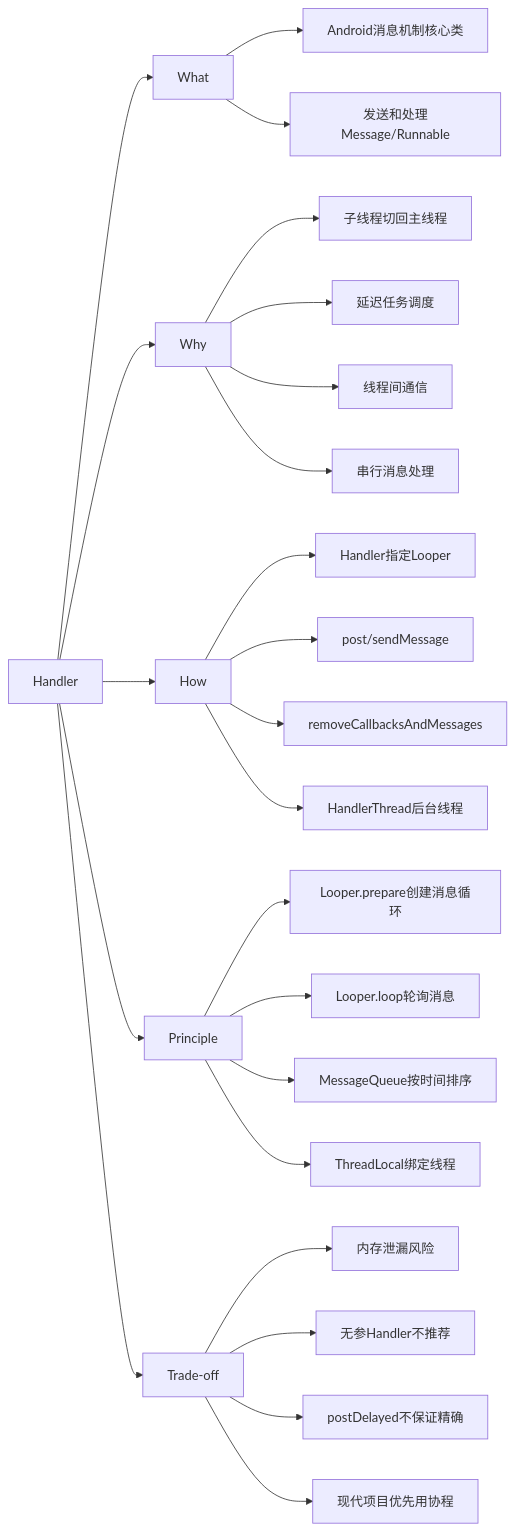
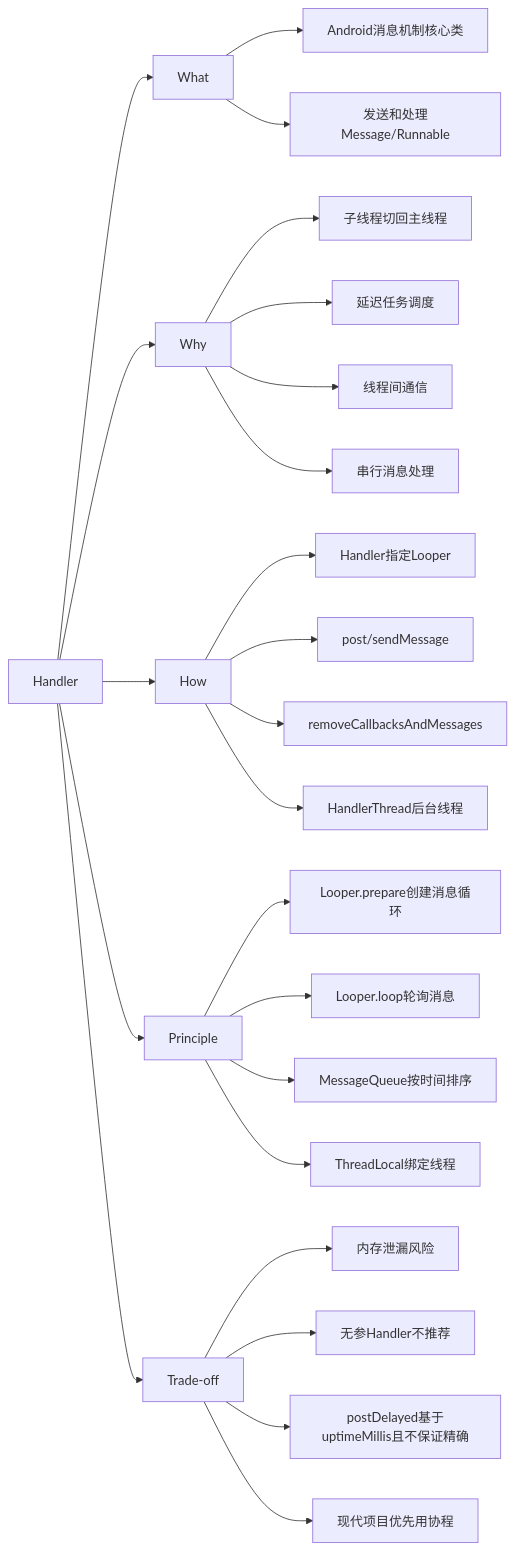
The diagram in _posts/2026-04-29-android-handler-interview-analysis.md (androidmalin/androidmalin.github.io), drawn with Mermaid before and after one commit. The commit also changed other lines of this file and 6 other files, not shown here.

````diff
--- a/_posts/2026-04-29-android-handler-interview-analysis.md
+++ b/_posts/2026-04-29-android-handler-interview-analysis.md
@@ -365,31 +371,31 @@
 ```mermaid
 flowchart LR
     A[Handler] --> B[What]
     A --> C[Why]
     A --> D[How]
     A --> E[Principle]
     A --> F[Trade-off]
 
     B --> B1[Android消息机制核心类]
     B --> B2[发送和处理Message/Runnable]
 
     C --> C1[子线程切回主线程]
     C --> C2[延迟任务调度]
     C --> C3[线程间通信]
     C --> C4[串行消息处理]
 
     D --> D1[Handler指定Looper]
     D --> D2[post/sendMessage]
     D --> D3[removeCallbacksAndMessages]
     D --> D4[HandlerThread后台线程]
 
     E --> E1[Looper.prepare创建消息循环]
     E --> E2[Looper.loop轮询消息]
     E --> E3[MessageQueue按时间排序]
     E --> E4[ThreadLocal绑定线程]
 
     F --> F1[内存泄漏风险]
     F --> F2[无参Handler不推荐]
-    F --> F3[postDelayed不保证精确]
+    F --> F3[postDelayed基于uptimeMillis且不保证精确]
     F --> F4[现代项目优先用协程]
 ```
````
